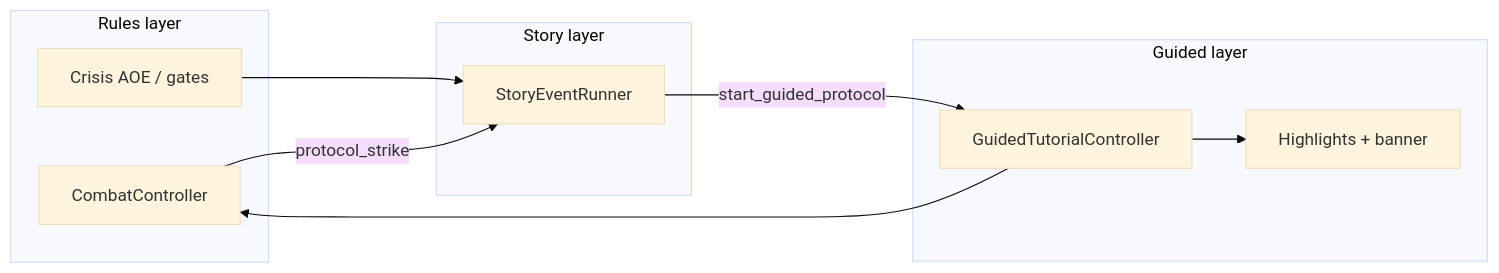
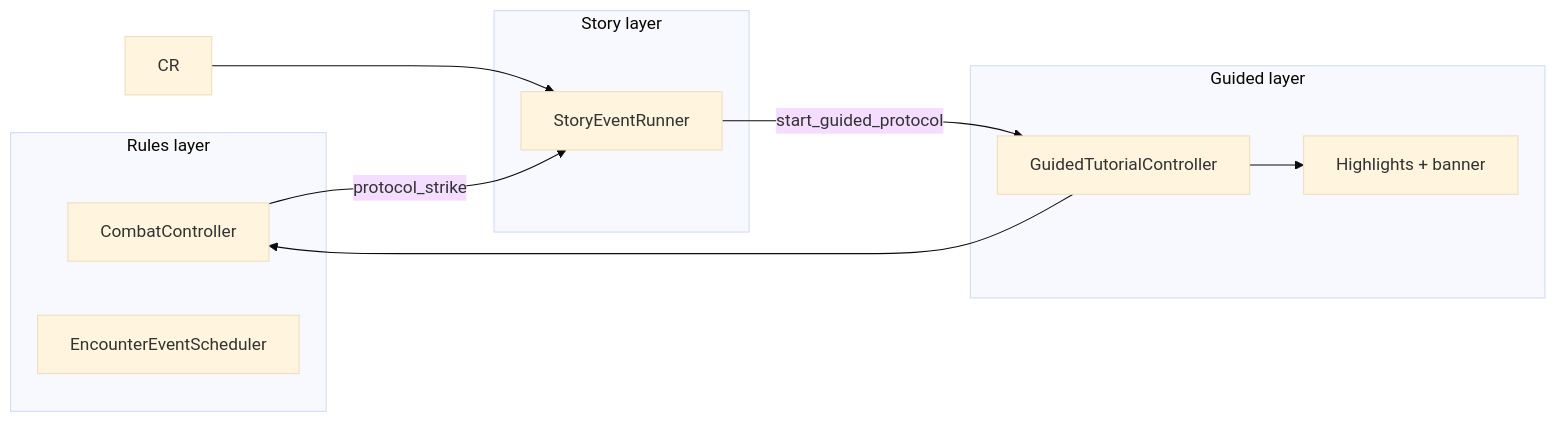
Before and after one commit to miramocha/griddungeon-design-docs: the diagram in docs/02-systems/guided-tutorial.md, drawn with Mermaid (base theme). The commit also changed other lines of this file and 17 other files, not shown here.

````diff
--- a/docs/02-systems/guided-tutorial.md
+++ b/docs/02-systems/guided-tutorial.md
@@ -172,19 +172,19 @@
 ```mermaid
 flowchart LR
   subgraph rules [Rules layer]
     CC[CombatController]
-    CR[Crisis AOE / gates]
+    ES[EncounterEventScheduler]
   end
   subgraph story [Story layer]
     VN[StoryEventRunner]
   end
   subgraph coach [Guided layer]
     GT[GuidedTutorialController]
     HUD[Highlights + banner]
   end
   CR --> VN
   VN -->|start_guided_protocol| GT
   GT --> HUD
   GT --> CC
   CC -->|protocol_strike| VN
 ```
````
